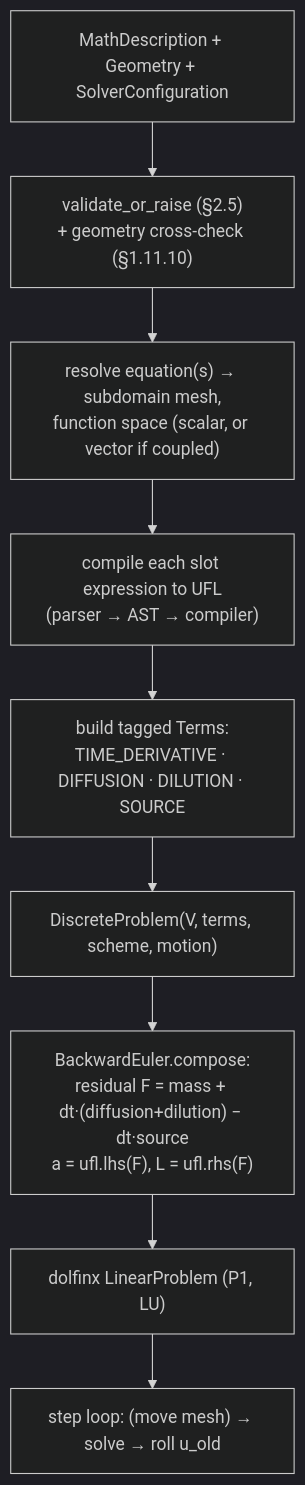
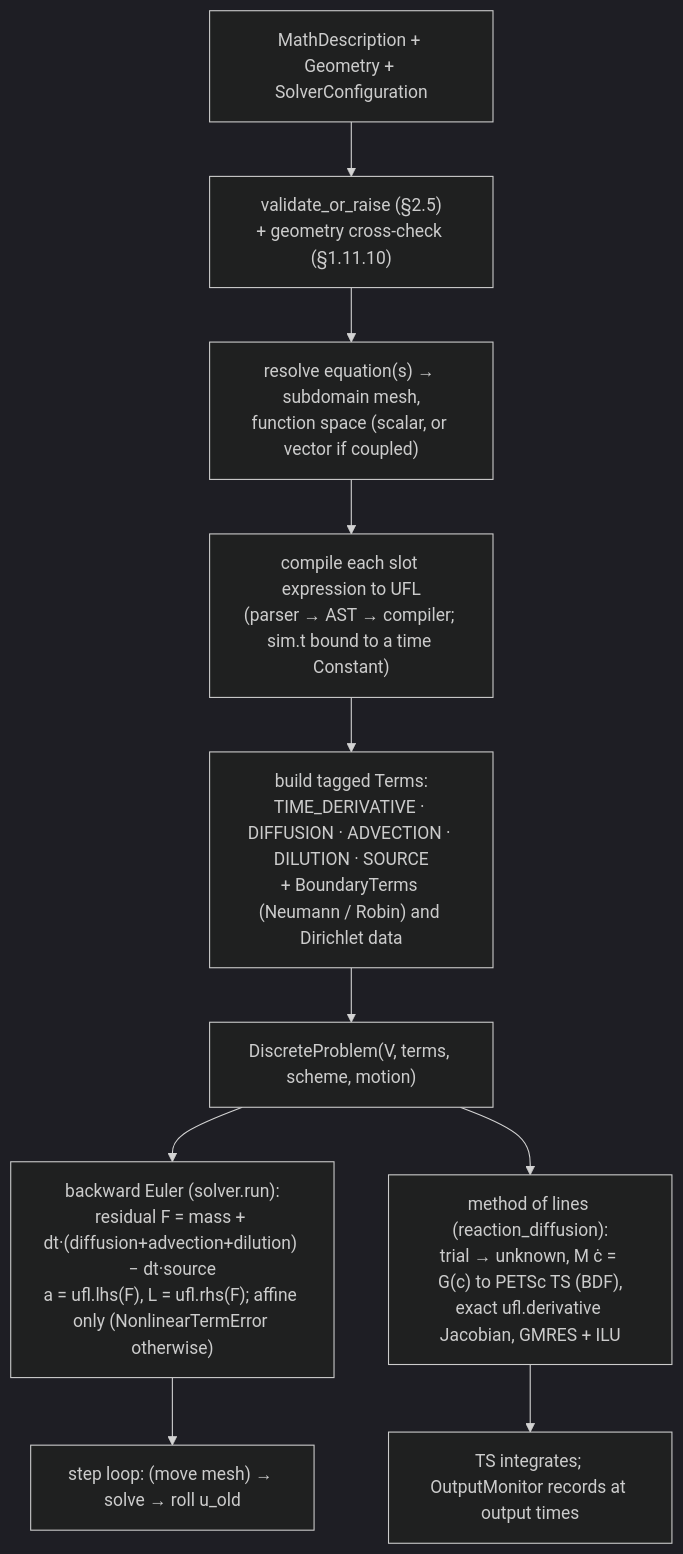
One commit to virtualcell/vcell-fenics changed the second of 4 diagrams in docs/architecture.md. Above: the diagram before and after it, drawn with Mermaid (dark theme). The commit also changed other lines of this file and 2 other files, not shown here.

First line of the commit message:
docs: rewrite the overview and architecture to the current checkout (D01)

````diff
--- a/docs/architecture.md
+++ b/docs/architecture.md
@@ -65,12 +90,13 @@
 ```mermaid
 flowchart TD
     MD["MathDescription + Geometry + SolverConfiguration"]
     MD --> VAL["validate_or_raise (§2.5)<br/>+ geometry cross-check (§1.11.10)"]
     VAL --> RES["resolve equation(s) → subdomain mesh,<br/>function space (scalar, or vector if coupled)"]
-    RES --> CMP["compile each slot expression to UFL<br/>(parser → AST → compiler)"]
-    CMP --> TERMS["build tagged Terms:<br/>TIME_DERIVATIVE · DIFFUSION · DILUTION · SOURCE"]
+    RES --> CMP["compile each slot expression to UFL<br/>(parser → AST → compiler; sim.t bound to a time Constant)"]
+    CMP --> TERMS["build tagged Terms:<br/>TIME_DERIVATIVE · DIFFUSION · ADVECTION · DILUTION · SOURCE<br/>+ BoundaryTerms (Neumann / Robin) and Dirichlet data"]
     TERMS --> DP["DiscreteProblem(V, terms, scheme, motion)"]
-    DP --> LOWER["BackwardEuler.compose:<br/>residual F = mass + dt·(diffusion+dilution) − dt·source<br/>a = ufl.lhs(F), L = ufl.rhs(F)"]
-    LOWER --> LP["dolfinx LinearProblem (P1, LU)"]
-    LP --> STEP["step loop: (move mesh) → solve → roll u_old"]
+    DP --> BE["backward Euler (solver.run):<br/>residual F = mass + dt·(diffusion+advection+dilution) − dt·source<br/>a = ufl.lhs(F), L = ufl.rhs(F); affine only (NonlinearTermError otherwise)"]
+    DP --> MOL["method of lines (reaction_diffusion):<br/>trial → unknown, M ċ = G(c) to PETSc TS (BDF),<br/>exact ufl.derivative Jacobian, GMRES + ILU"]
+    BE --> STEP["step loop: (move mesh) → solve → roll u_old"]
+    MOL --> STEP2["TS integrates; OutputMonitor records at output times"]
 ```
````
